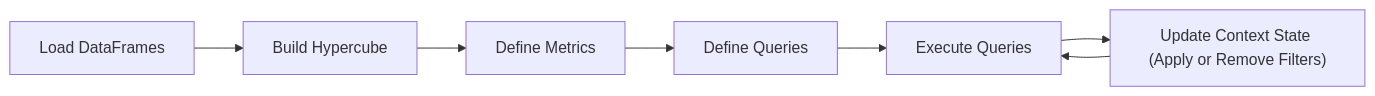
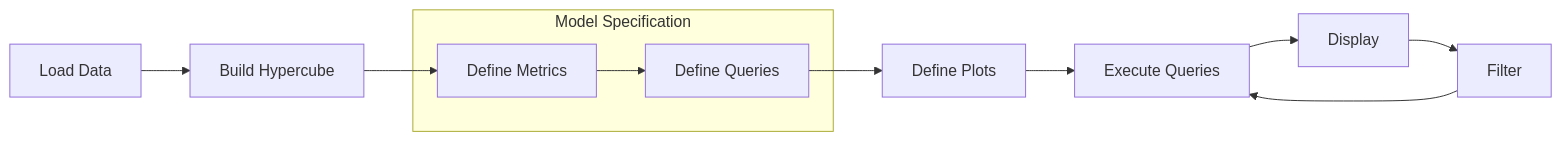
One commit to cube-alchemy/cube-alchemy changed the diagram in docs/concepts/workflow.md. Above: the diagram before and after it, drawn with Mermaid. The commit also changed other lines of this file and 48 other files, not shown here.

````diff
--- a/docs/concepts/workflow.md
+++ b/docs/concepts/workflow.md
@@ -1,9 +1,13 @@
 ```mermaid
 flowchart LR
-  A["Load DataFrames"] --> B["Build Hypercube"]
-  B --> C["Define Metrics"]
-  C --> D["Define Queries"]
-  D --> E["Execute Queries"]
-  E --> F["Update Context State (Apply or Remove Filters)"]
-  F --> E
+  A["Load Data"] --> B["Build Hypercube"]
+  subgraph MS["Model Specification"]
+    C["Define Metrics"] --> D["Define Queries"]
+  end
+  B --> C
+  D --> P["Define Plots"]
+  P --> E["Execute Queries"]
+  E --> F["Display"]
+  F --> G["Filter"]
+  G --> E
 ```
````
